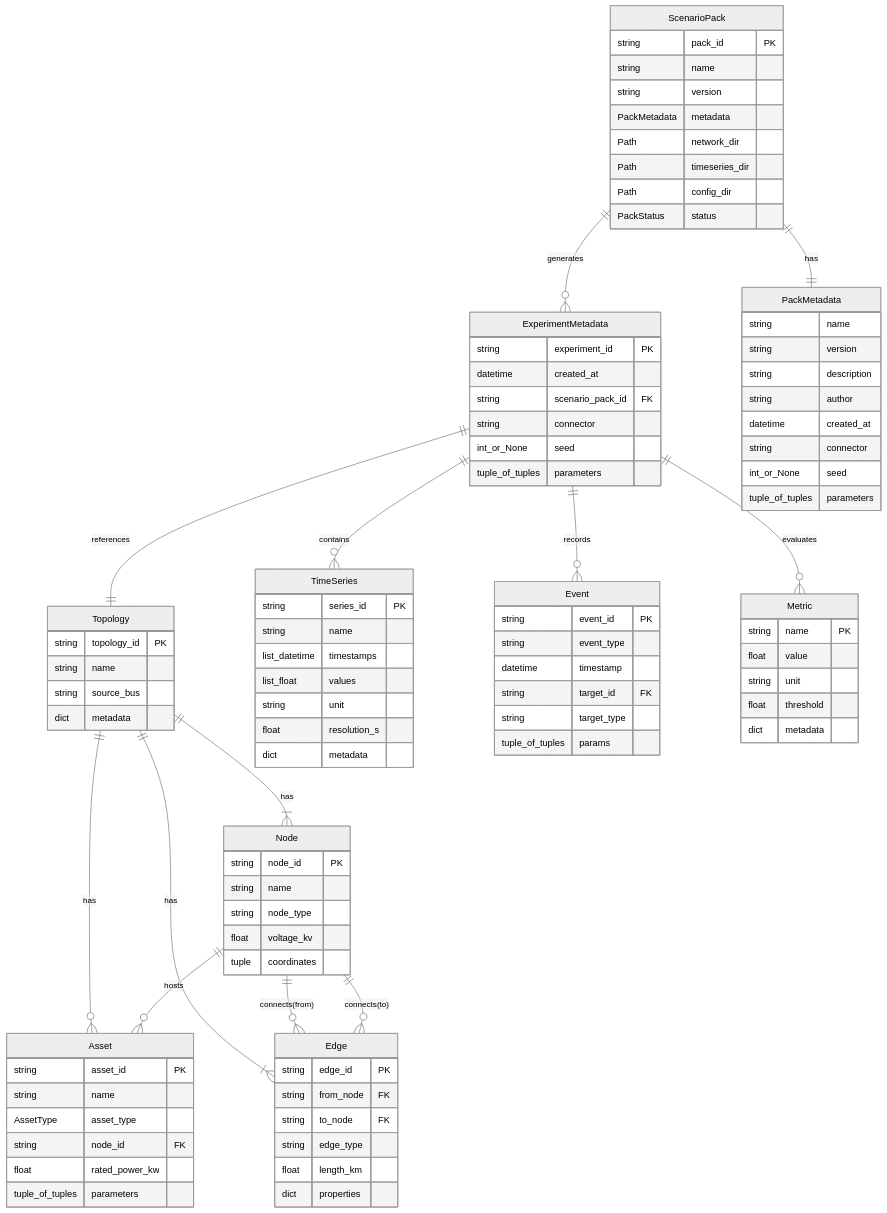
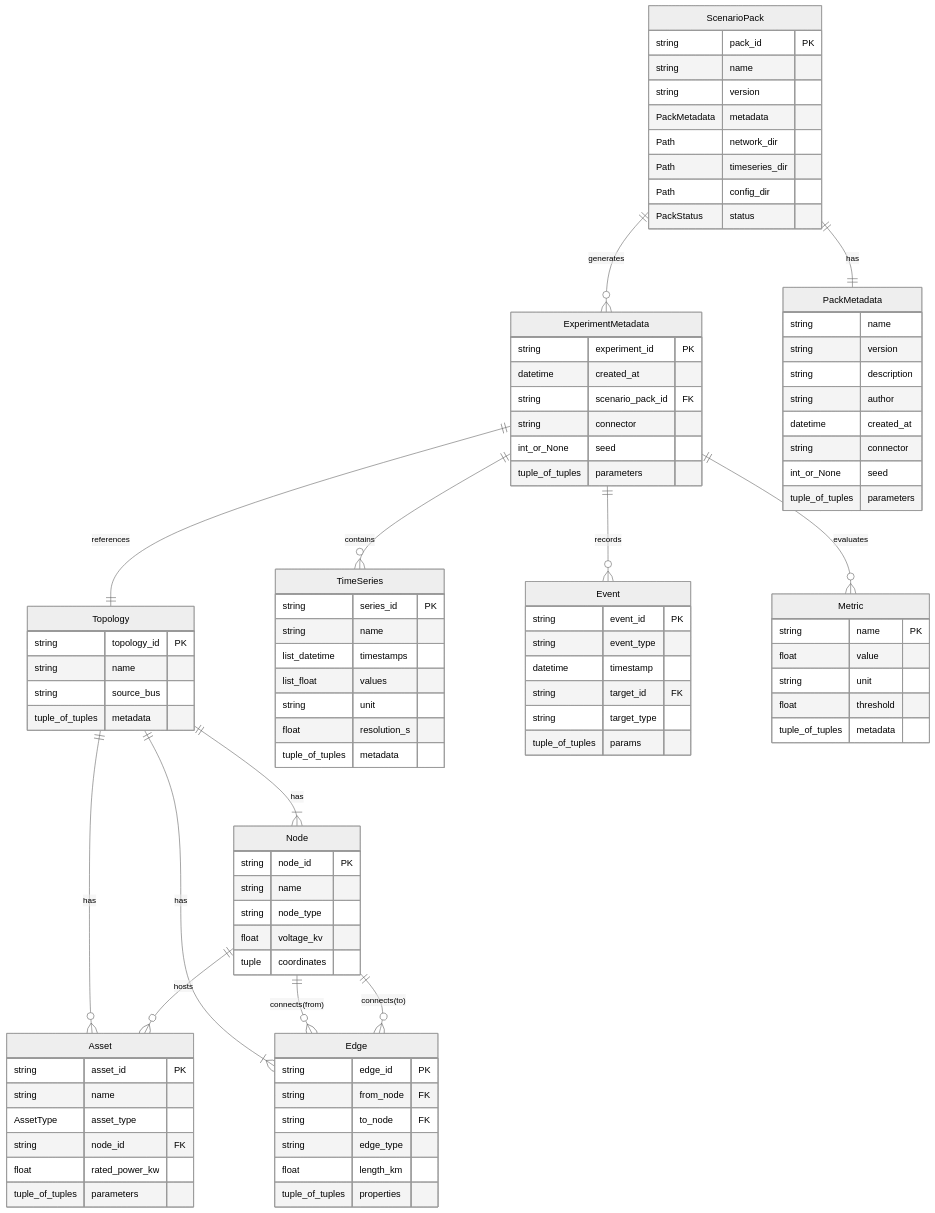
One commit to bottlenome/gridflow changed the diagram in docs/detailed_design/06_data_detail.md. Above: the diagram before and after it, drawn with Mermaid (neutral theme). The commit also changed other lines of this file and 3 other files, not shown here.

First line of the commit message:
docs: 妥協なき不変原則徹底 - metadata/properties も tuple 化

```diff
--- a/docs/detailed_design/06_data_detail.md
+++ b/docs/detailed_design/06_data_detail.md
@@ -66,7 +67,7 @@
         string topology_id PK
         string name
         string source_bus
-        dict metadata
+        tuple_of_tuples metadata
     }
 
     Node {
@@ -83,7 +84,7 @@
         string to_node FK
         string edge_type
         float length_km
-        dict properties
+        tuple_of_tuples properties
     }
 
     Asset {
@@ -102,7 +103,7 @@
         list_float values
         string unit
         float resolution_s
-        dict metadata
+        tuple_of_tuples metadata
     }
 
     Event {
@@ -119,7 +120,7 @@
         float value
         string unit
         float threshold
-        dict metadata
+        tuple_of_tuples metadata
     }
 
     Node ||--o{ Asset : "hosts"
```
